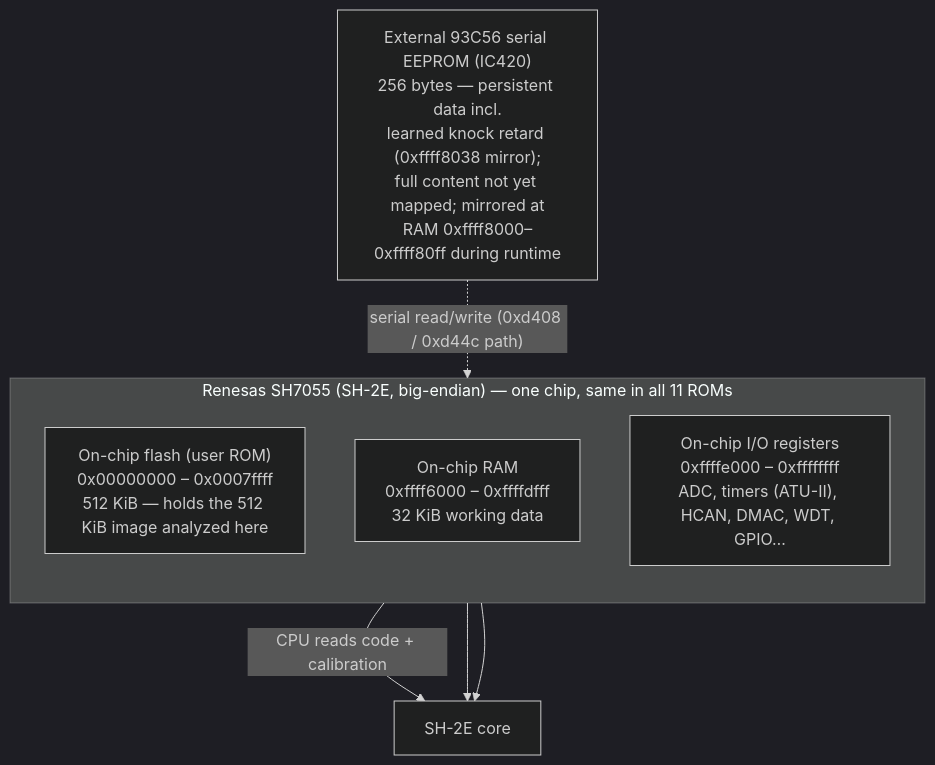
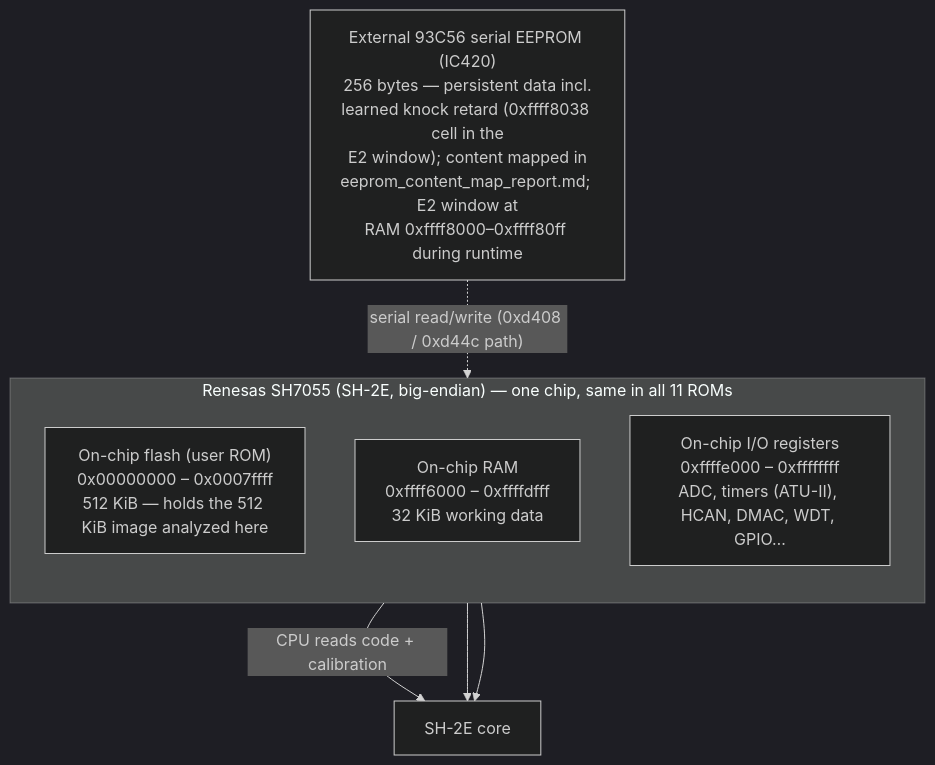
Before and after one commit to sirhamsteralot/HEE-Rx8-Reverse-Engineering: the first of 3 diagrams in docs/architecture/flash-memory-layout.md, drawn with Mermaid (dark theme). The commit also changed other lines of this file and 81 other files, not shown here.

````diff
--- a/docs/architecture/flash-memory-layout.md
+++ b/docs/architecture/flash-memory-layout.md
@@ -56,14 +56,14 @@
 ```mermaid
 flowchart TD
     subgraph SH7055 ["Renesas SH7055 (SH-2E, big-endian) — one chip, same in all 11 ROMs"]
         direction TB
         FLASH["On-chip flash (user ROM)\n0x00000000 – 0x0007ffff\n512 KiB — holds the 512 KiB image analyzed here"]
         RAM["On-chip RAM\n0xffff6000 – 0xffffdfff\n32 KiB working data"]
         IO["On-chip I/O registers\n0xffffe000 – 0xffffffff\nADC, timers (ATU-II), HCAN, DMAC, WDT, GPIO…"]
     end
-    EEPROM["External 93C56 serial EEPROM (IC420)\n256 bytes — persistent data incl.\nlearned knock retard (0xffff8038 mirror);\nfull content not yet mapped; mirrored at\nRAM 0xffff8000–0xffff80ff during runtime"]
+    EEPROM["External 93C56 serial EEPROM (IC420)\n256 bytes — persistent data incl.\nlearned knock retard (0xffff8038 cell in the\nE2 window); content mapped in\neeprom_content_map_report.md; E2 window at\nRAM 0xffff8000–0xffff80ff during runtime"]
     FLASH -->|"CPU reads code + calibration"| CPU["SH-2E core"]
     RAM --> CPU
     IO --> CPU
     EEPROM -. "serial read/write (0xd408 / 0xd44c path)" .-> RAM
 ```
````
